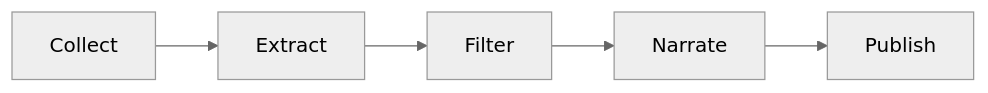
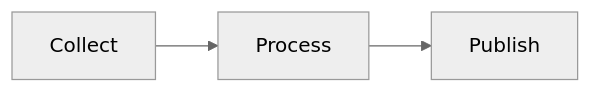
One commit to papercast-dev/papercast changed the diagram in docs/source/index.md. Above: the diagram before and after it, drawn with Mermaid (neutral theme). The commit also changed other lines of this file, not shown here.

````diff
--- a/docs/source/index.md
+++ b/docs/source/index.md
@@ -16,4 +16,4 @@
 ```{mermaid}
 graph LR
-    Collect --> Extract --> Filter --> Narrate --> Publish
+    Collect --> Process --> Publish
 ```
````
